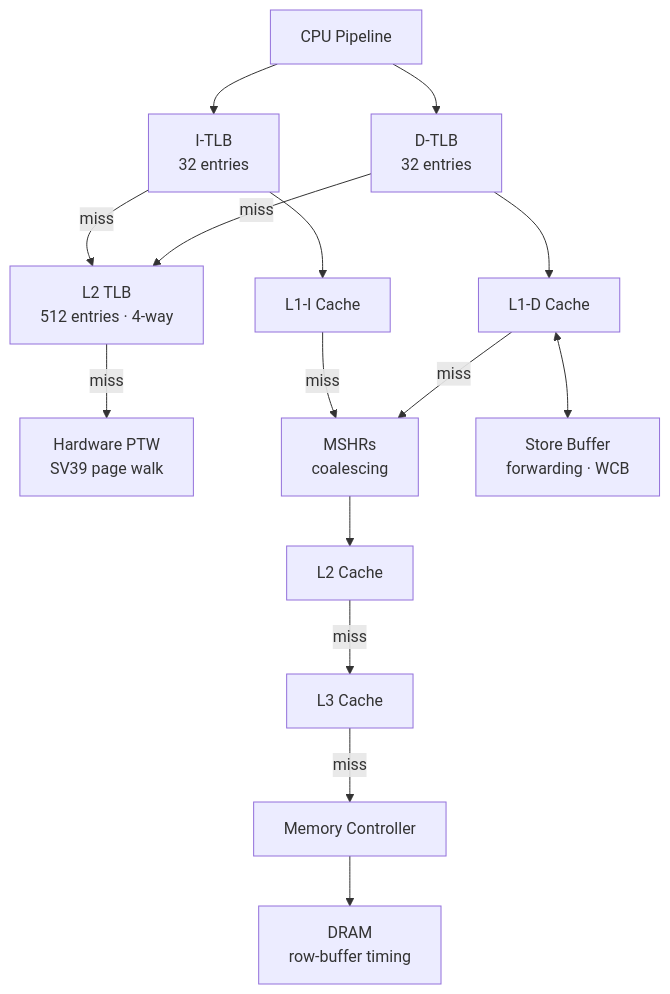
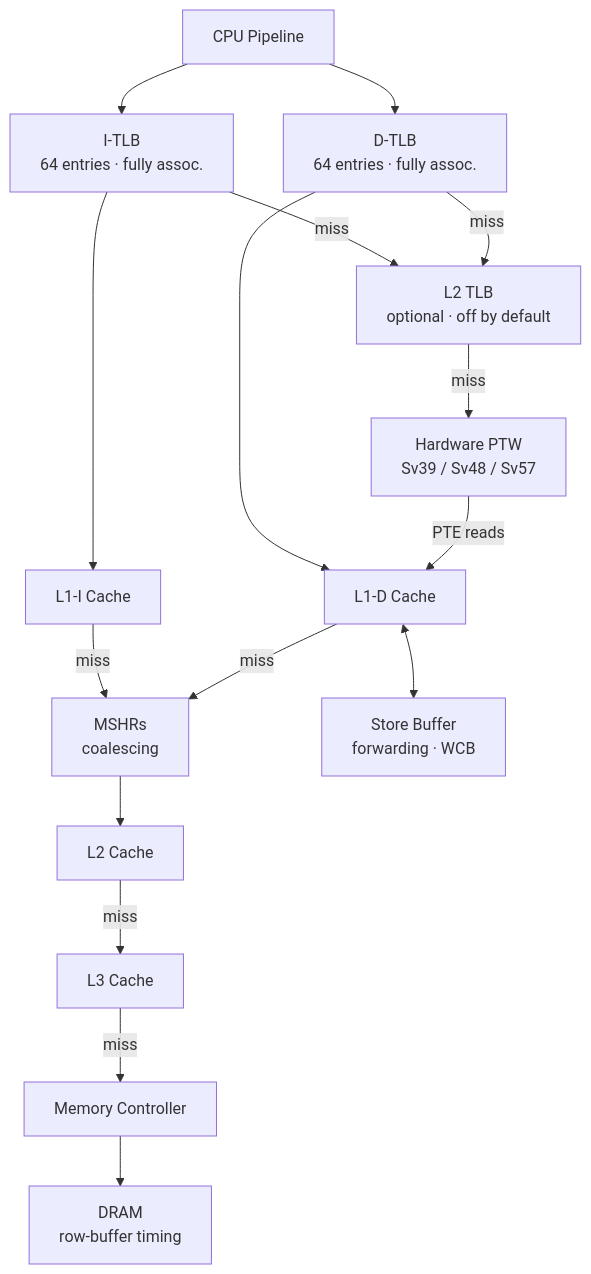
One commit to willmccallion/rvsim changed the diagram in docs/architecture/memory.md. Above: the diagram before and after it, drawn with Mermaid. The commit also changed other lines of this file, not shown here.

Commit message:
Correct the TLB, prefetcher and DRAM descriptions

````diff
--- a/docs/architecture/memory.md
+++ b/docs/architecture/memory.md
@@ -7,14 +7,15 @@
 ```mermaid
 flowchart TD
-    CPU["CPU Pipeline"] --> ITLB["I-TLB\n32 entries"] & DTLB["D-TLB\n32 entries"]
+    CPU["CPU Pipeline"] --> ITLB["I-TLB\n64 entries · fully assoc."] & DTLB["D-TLB\n64 entries · fully assoc."]
     ITLB --> L1I["L1-I Cache"]
     DTLB --> L1D["L1-D Cache"]
-    ITLB & DTLB -->|miss| L2TLB["L2 TLB\n512 entries · 4-way"]
-    L2TLB -->|miss| PTW["Hardware PTW\nSV39 page walk"]
+    ITLB & DTLB -->|miss| L2TLB["L2 TLB\noptional · off by default"]
+    L2TLB -->|miss| PTW["Hardware PTW\nSv39 / Sv48 / Sv57"]
+    PTW -->|PTE reads| L1D
     L1I & L1D -->|miss| MSHR["MSHRs\ncoalescing"]
     MSHR --> L2["L2 Cache"]
     L2 -->|miss| L3["L3 Cache"]
     L3 -->|miss| MC["Memory Controller"]
     MC --> DRAM["DRAM\nrow-buffer timing"]
     L1D <--> STB["Store Buffer\nforwarding · WCB"]
 ```
````
